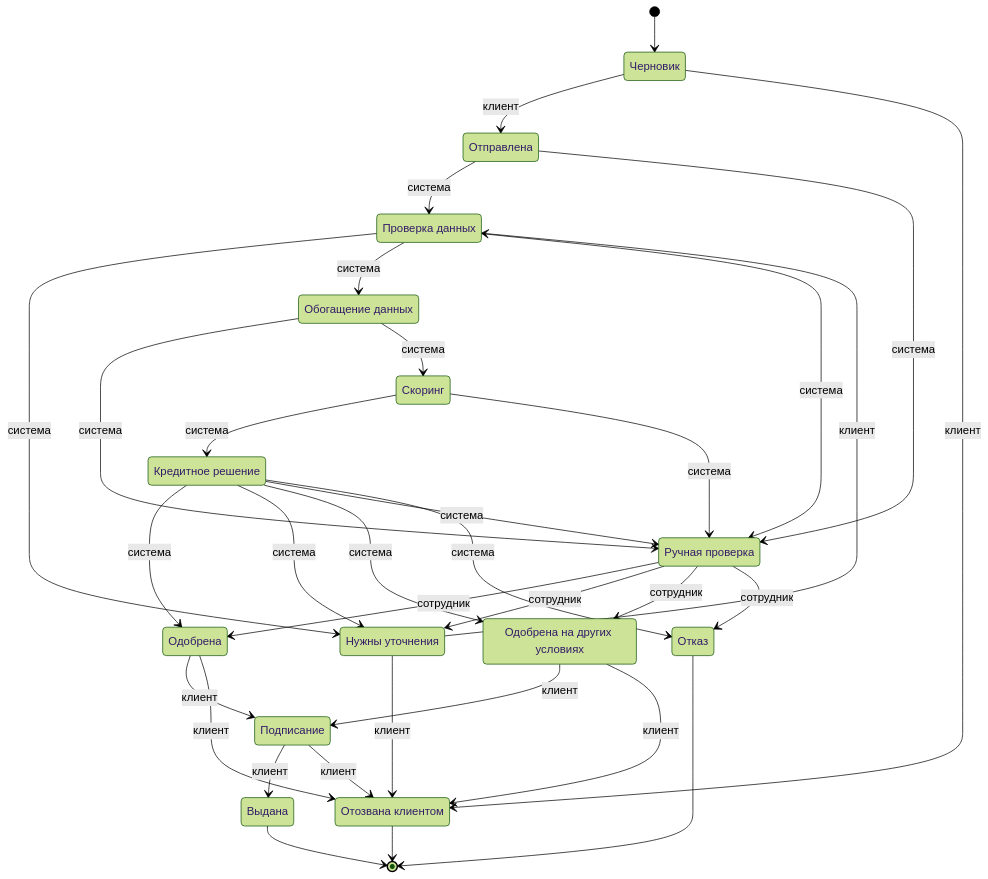
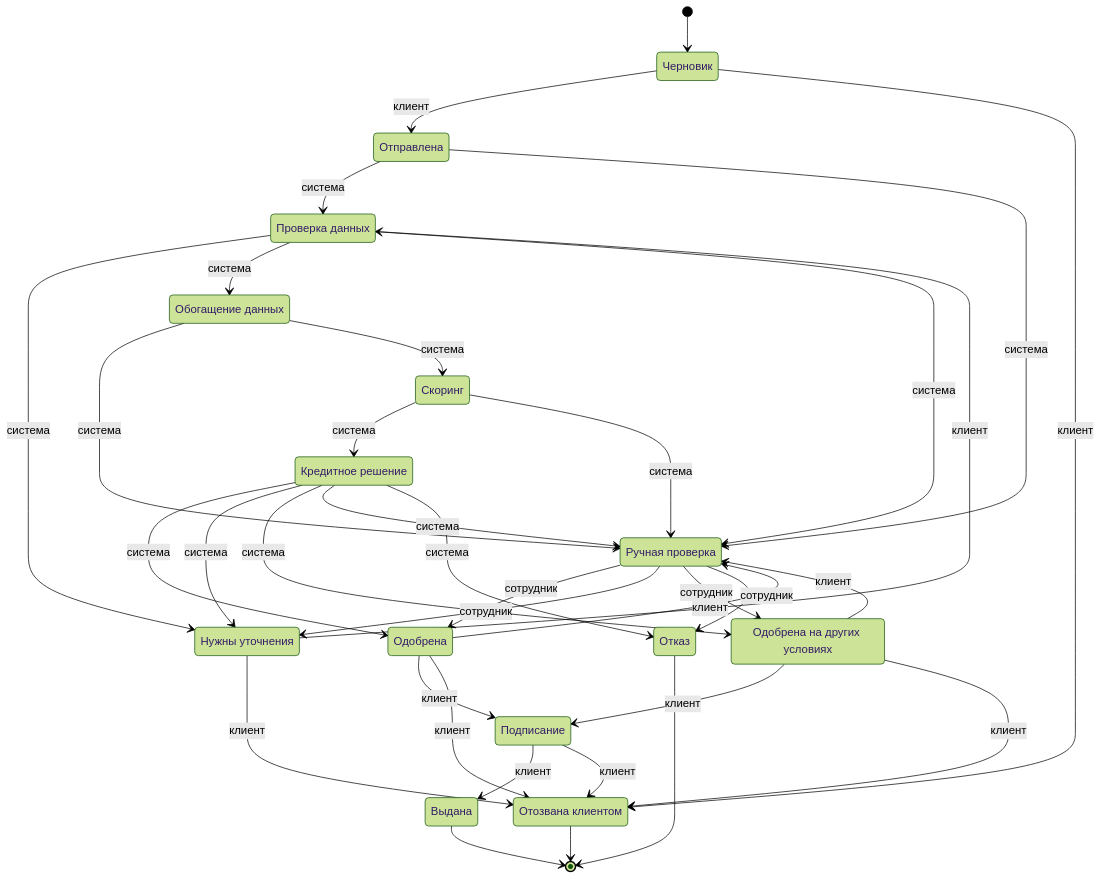
Before and after one commit to APDITE/alfa_hack: the diagram in docs/state-diagram.md, drawn with Mermaid (forest theme). The commit also changed other lines of this file and 28 other files, not shown here.

````diff
--- a/docs/state-diagram.md
+++ b/docs/state-diagram.md
@@ -10,49 +10,51 @@
 ```mermaid
 stateDiagram-v2
     state "Черновик" as draft
     state "Отправлена" as submitted
     state "Проверка данных" as data_check
     state "Нужны уточнения" as clarification_required
     state "Обогащение данных" as enrichment
     state "Скоринг" as scoring
     state "Кредитное решение" as credit_decision
     state "Ручная проверка" as manual_review
     state "Одобрена" as approved
     state "Одобрена на других условиях" as counter_offer
     state "Отказ" as rejected
     state "Подписание" as signing
     state "Выдана" as issued
     state "Отозвана клиентом" as withdrawn
     [*] --> draft
     draft --> submitted : клиент
     draft --> withdrawn : клиент
     submitted --> data_check : система
     submitted --> manual_review : система
     data_check --> clarification_required : система
     data_check --> enrichment : система
     data_check --> manual_review : система
     clarification_required --> data_check : клиент
     clarification_required --> withdrawn : клиент
     enrichment --> manual_review : система
     enrichment --> scoring : система
     scoring --> credit_decision : система
     scoring --> manual_review : система
     credit_decision --> approved : система
     credit_decision --> clarification_required : система
     credit_decision --> counter_offer : система
     credit_decision --> manual_review : система
     credit_decision --> rejected : система
     manual_review --> approved : сотрудник
     manual_review --> clarification_required : сотрудник
     manual_review --> counter_offer : сотрудник
     manual_review --> rejected : сотрудник
+    approved --> manual_review : клиент
     approved --> signing : клиент
     approved --> withdrawn : клиент
+    counter_offer --> manual_review : клиент
     counter_offer --> signing : клиент
     counter_offer --> withdrawn : клиент
     signing --> issued : клиент
     signing --> withdrawn : клиент
     issued --> [*]
     rejected --> [*]
     withdrawn --> [*]
 ```
````
